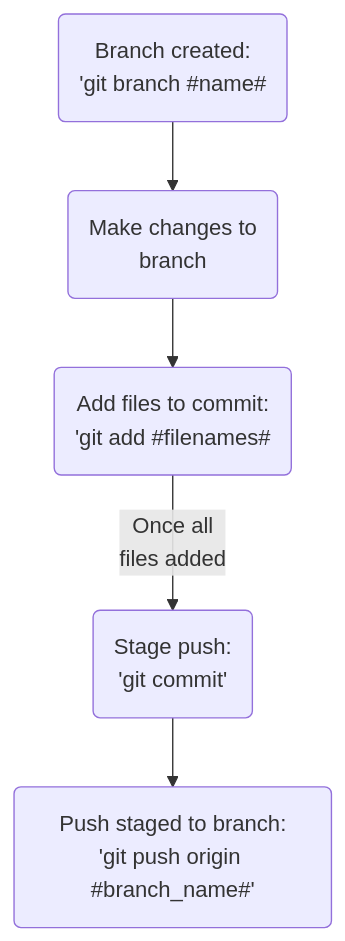
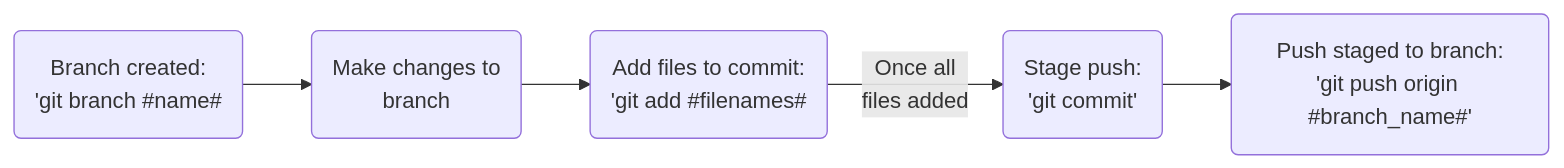
The diagram in README.md (roronoaBoi/bokken), drawn with Mermaid before and after one commit.

````diff
--- a/README.md
+++ b/README.md
@@ -21,14 +21,14 @@
 ```mermaid
-graph TB
+graph LR
 A(Branch created:
 'git branch #name#)-->
 B(Make changes to
 branch)-->
 C(Add files to commit:
 'git add #filenames#)-- Once all
 files added -->
 D(Stage push:
 'git commit')-->
 E(Push staged to branch:
 'git push origin #branch_name#');
 ```
````
